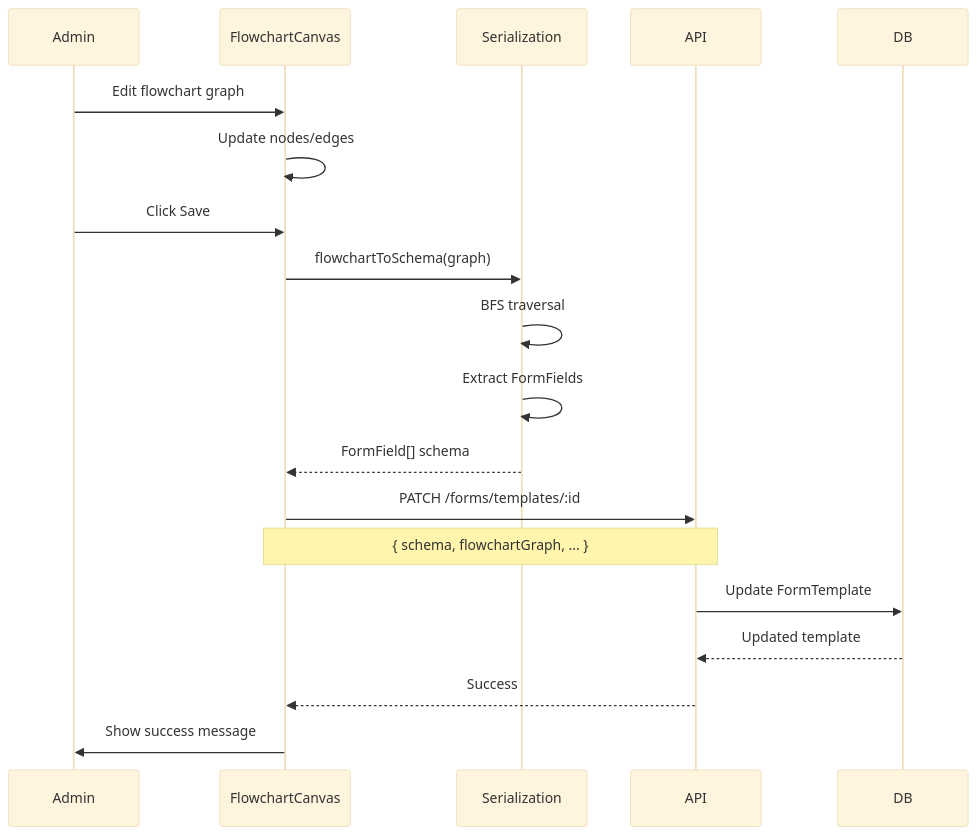
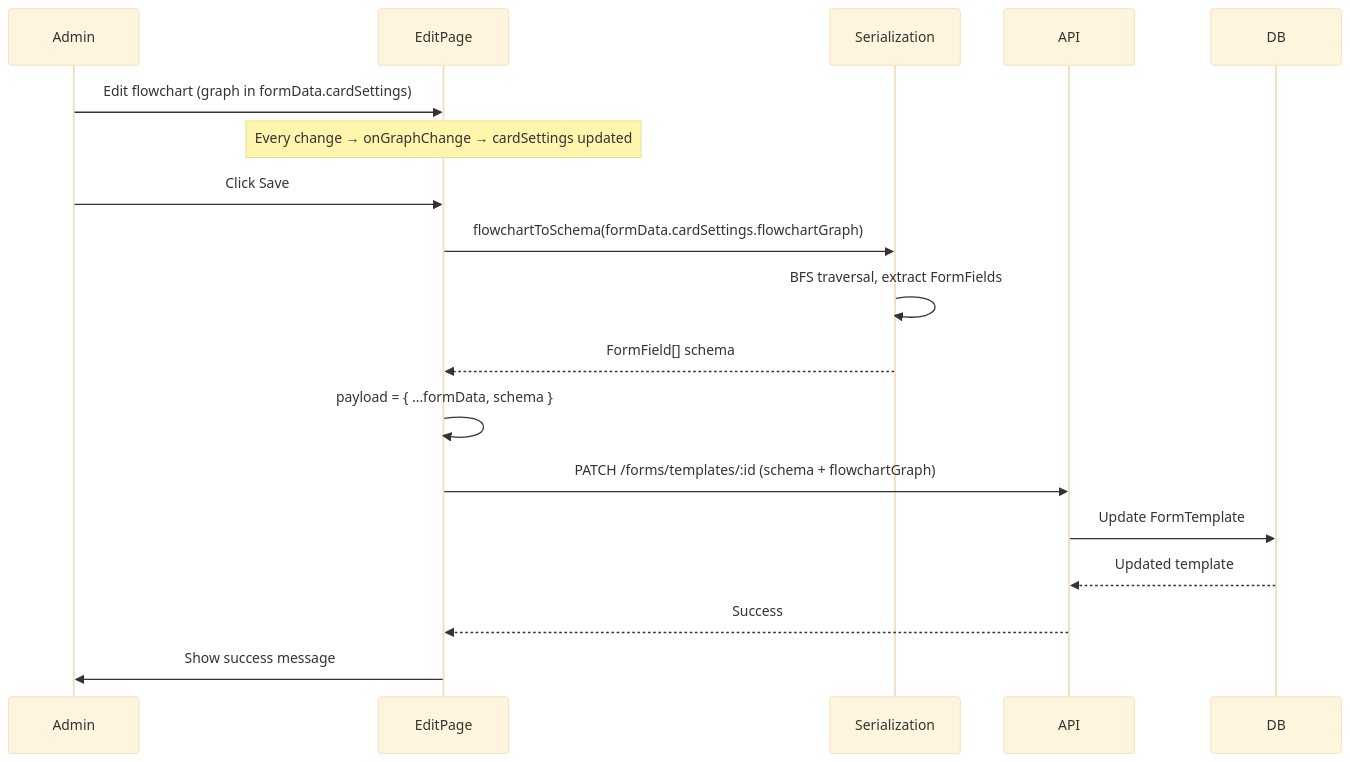
One commit to KennethAtchon/Loctelli changed the tenth of 11 diagrams in .helper/architecture/08-form-system.md. Above: the diagram before and after it, drawn with Mermaid (base theme). The commit also changed other lines of this file and 14 other files, not shown here.

First line of the commit message:
Refactor card form architecture and enhance error handling components

````diff
--- a/.helper/architecture/08-form-system.md
+++ b/.helper/architecture/08-form-system.md
@@ -636,22 +657,21 @@
 ```mermaid
 sequenceDiagram
     participant Admin
-    participant FlowchartCanvas
+    participant EditPage
     participant Serialization
     participant API
     participant DB
 
-    Admin->>FlowchartCanvas: Edit flowchart graph
-    FlowchartCanvas->>FlowchartCanvas: Update nodes/edges
-    Admin->>FlowchartCanvas: Click Save
-    FlowchartCanvas->>Serialization: flowchartToSchema(graph)
-    Serialization->>Serialization: BFS traversal
-    Serialization->>Serialization: Extract FormFields
-    Serialization-->>FlowchartCanvas: FormField[] schema
-    FlowchartCanvas->>API: PATCH /forms/templates/:id
-    Note over FlowchartCanvas,API: { schema, flowchartGraph, ... }
+    Admin->>EditPage: Edit flowchart (graph in formData.cardSettings)
+    Note over EditPage: Every change → onGraphChange → cardSettings updated
+    Admin->>EditPage: Click Save
+    EditPage->>Serialization: flowchartToSchema(formData.cardSettings.flowchartGraph)
+    Serialization->>Serialization: BFS traversal, extract FormFields
+    Serialization-->>EditPage: FormField[] schema
+    EditPage->>EditPage: payload = { ...formData, schema }
+    EditPage->>API: PATCH /forms/templates/:id (schema + flowchartGraph)
     API->>DB: Update FormTemplate
     DB-->>API: Updated template
-    API-->>FlowchartCanvas: Success
-    FlowchartCanvas->>Admin: Show success message
+    API-->>EditPage: Success
+    EditPage->>Admin: Show success message
 ```
````
